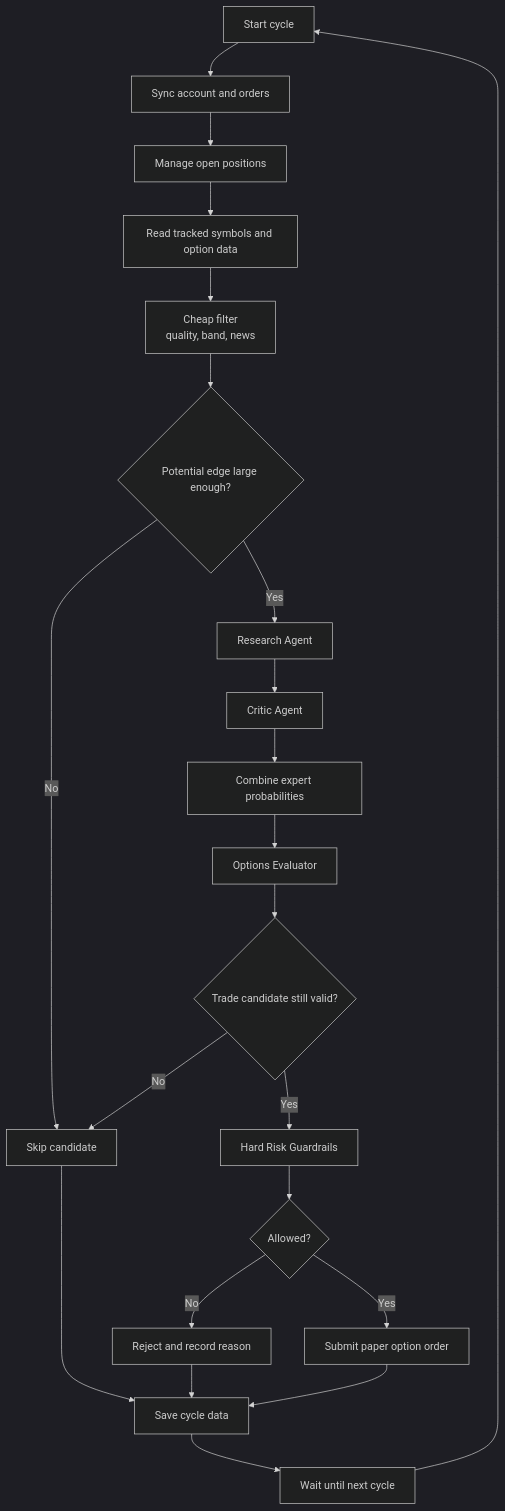
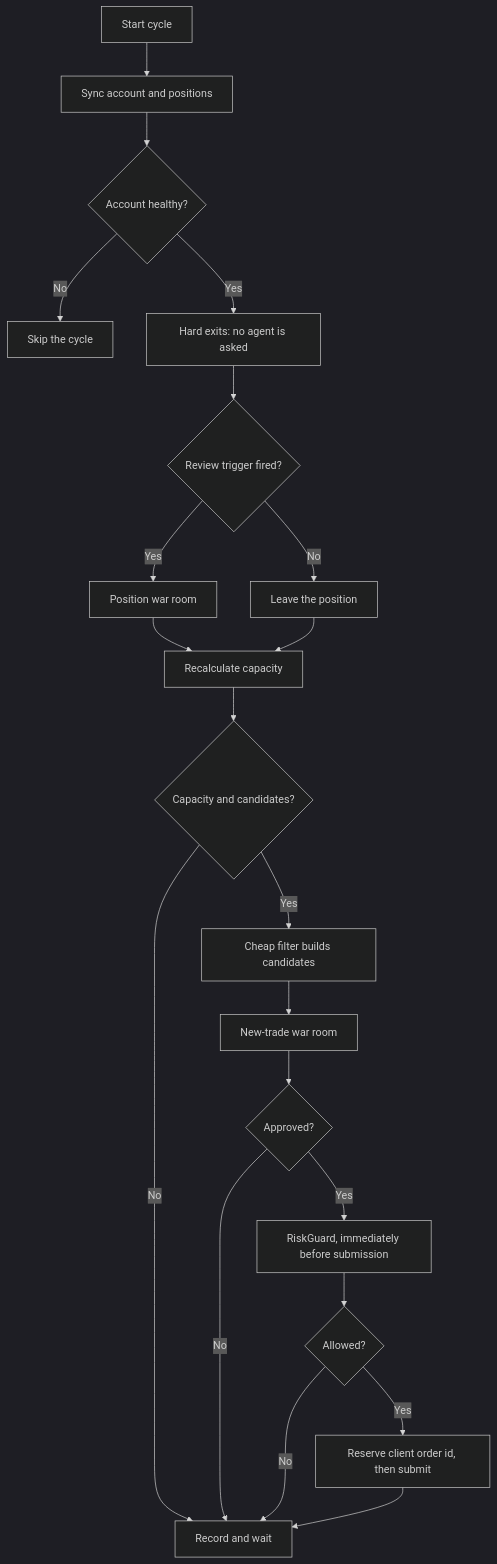
The diagram in .lode/trading/live-cycle.md (xakpc/Alpaca.NoIdea), drawn with Mermaid (dark theme) before and after one commit. The commit also changed other lines of this file and 89 other files, not shown here.

First line of the commit message:
feat: add replay engine, trading loop, and the multi-model war room

````diff
--- a/.lode/trading/live-cycle.md
+++ b/.lode/trading/live-cycle.md
@@ -6,24 +9,23 @@
 ```mermaid
 flowchart TD
-    A[Start cycle] --> B[Sync account and orders]
-    B --> C[Manage open positions]
-    C --> D[Read tracked symbols and option data]
-    D --> E[Cheap filter<br/>quality, band, news]
-    E --> F{Potential edge large enough?}
-    F -- No --> G[Skip candidate]
-    F -- Yes --> H[Research Agent]
-    H --> I[Critic Agent]
-    I --> J[Combine expert probabilities]
-    J --> K[Options Evaluator]
-    K --> L{Trade candidate still valid?}
-    L -- No --> G
-    L -- Yes --> M[Hard Risk Guardrails]
+    A[Start cycle] --> B[Sync account and positions]
+    B --> C{Account healthy?}
+    C -- No --> Z[Skip the cycle]
+    C -- Yes --> D[Hard exits: no agent is asked]
+    D --> E{Review trigger fired?}
+    E -- Yes --> F[Position war room]
+    E -- No --> G[Leave the position]
+    F --> H[Recalculate capacity]
+    G --> H
+    H --> I{Capacity and candidates?}
+    I -- No --> Y[Record and wait]
+    I -- Yes --> J[Cheap filter builds candidates]
+    J --> K[New-trade war room]
+    K --> L{Approved?}
+    L -- No --> Y
+    L -- Yes --> M[RiskGuard, immediately before submission]
     M --> N{Allowed?}
-    N -- No --> O[Reject and record reason]
-    N -- Yes --> P[Submit paper option order]
-    G --> Q[Save cycle data]
-    O --> Q
-    P --> Q
-    Q --> R[Wait until next cycle]
-    R --> A
+    N -- No --> Y
+    N -- Yes --> O[Reserve client order id, then submit]
+    O --> Y
 ```
````
